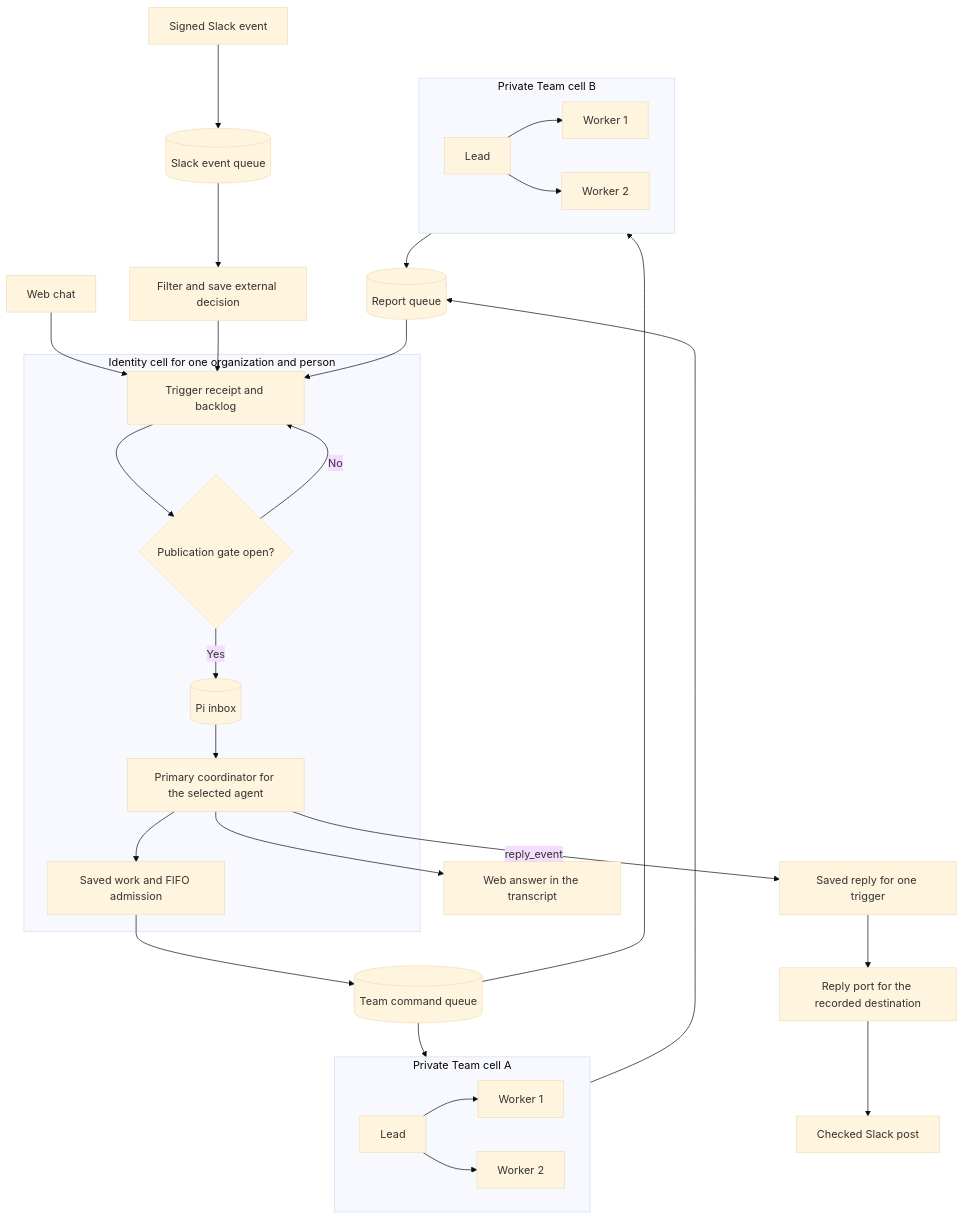
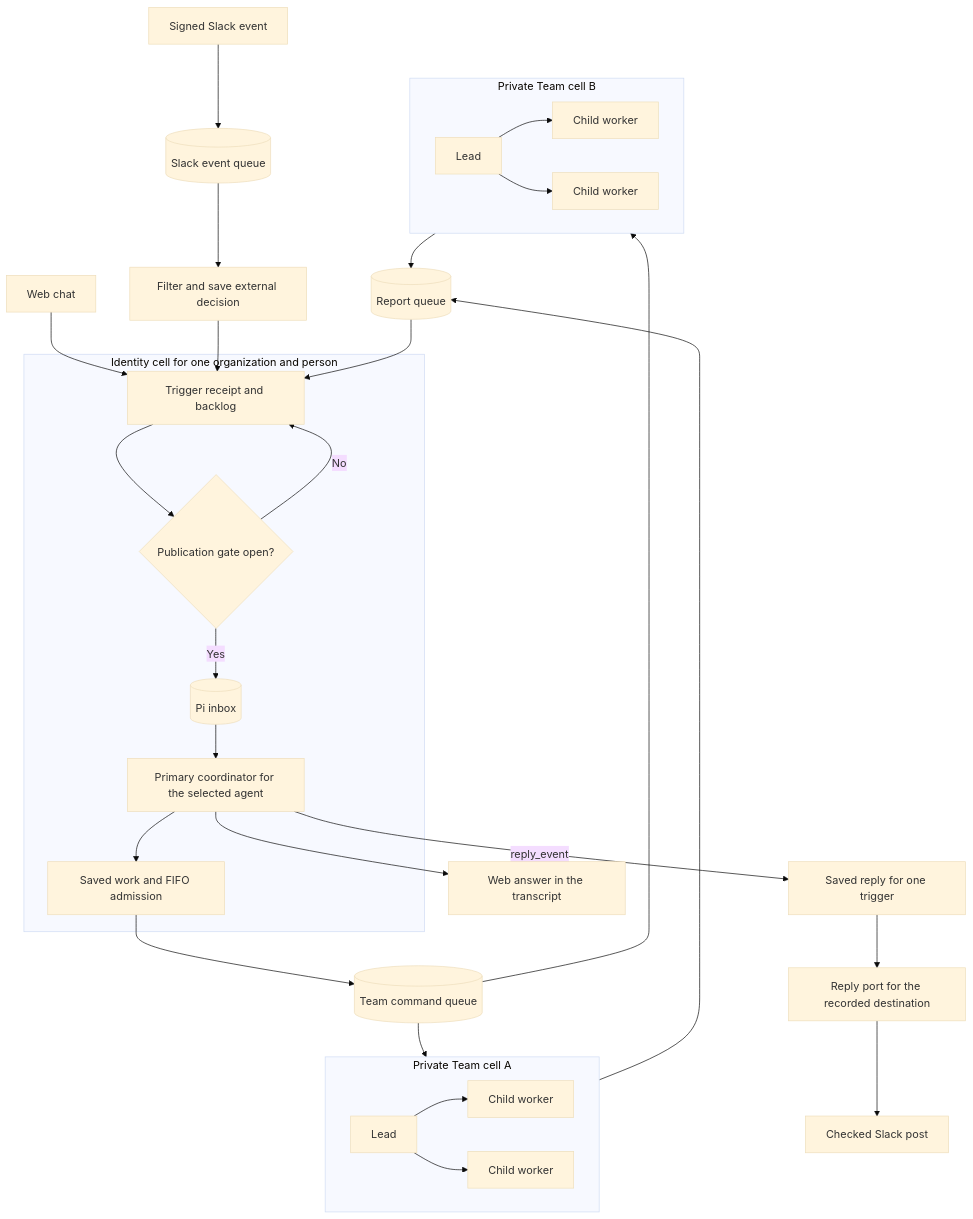
Before and after one commit to jhonsfran/cerebro: the first of 2 diagrams in docs/architecture/slack-coordinator.md, drawn with Mermaid (base theme). The commit also changed other lines of this file and 42 other files, not shown here.

````diff
--- a/docs/architecture/slack-coordinator.md
+++ b/docs/architecture/slack-coordinator.md
@@ -5,32 +5,32 @@
 ```mermaid
 flowchart TD
   Web[Web chat] --> Admit
   Slack[Signed Slack event] --> Queue[(Slack event queue)]
   Queue --> Filter[Filter and save external decision]
   Filter --> Admit
   subgraph Identity[Identity cell for one organization and person]
     Admit[Trigger receipt and backlog] --> Gate{Publication gate open?}
     Gate -->|No| Admit
     Gate -->|Yes| PiInbox[(Pi inbox)]
     PiInbox --> Coordinator[Primary coordinator for the selected agent]
     Coordinator --> Work[Saved work and FIFO admission]
   end
   Work --> Commands[(Team command queue)]
   Commands --> A
   Commands --> B
   subgraph A[Private Team cell A]
-    LeadA[Lead] --> WorkerA1[Worker 1]
-    LeadA --> WorkerA2[Worker 2]
+    LeadA[Lead] --> WorkerA1[Child worker]
+    LeadA --> WorkerA2[Child worker]
   end
   subgraph B[Private Team cell B]
-    LeadB[Lead] --> WorkerB1[Worker 1]
-    LeadB --> WorkerB2[Worker 2]
+    LeadB[Lead] --> WorkerB1[Child worker]
+    LeadB --> WorkerB2[Child worker]
   end
   A --> Reports[(Report queue)]
   B --> Reports
   Reports --> Admit
   Coordinator --> WebReply[Web answer in the transcript]
   Coordinator -->|reply_event| Reply[Saved reply for one trigger]
   Reply --> Port[Reply port for the recorded destination]
   Port --> SlackPost[Checked Slack post]
 ```
````
